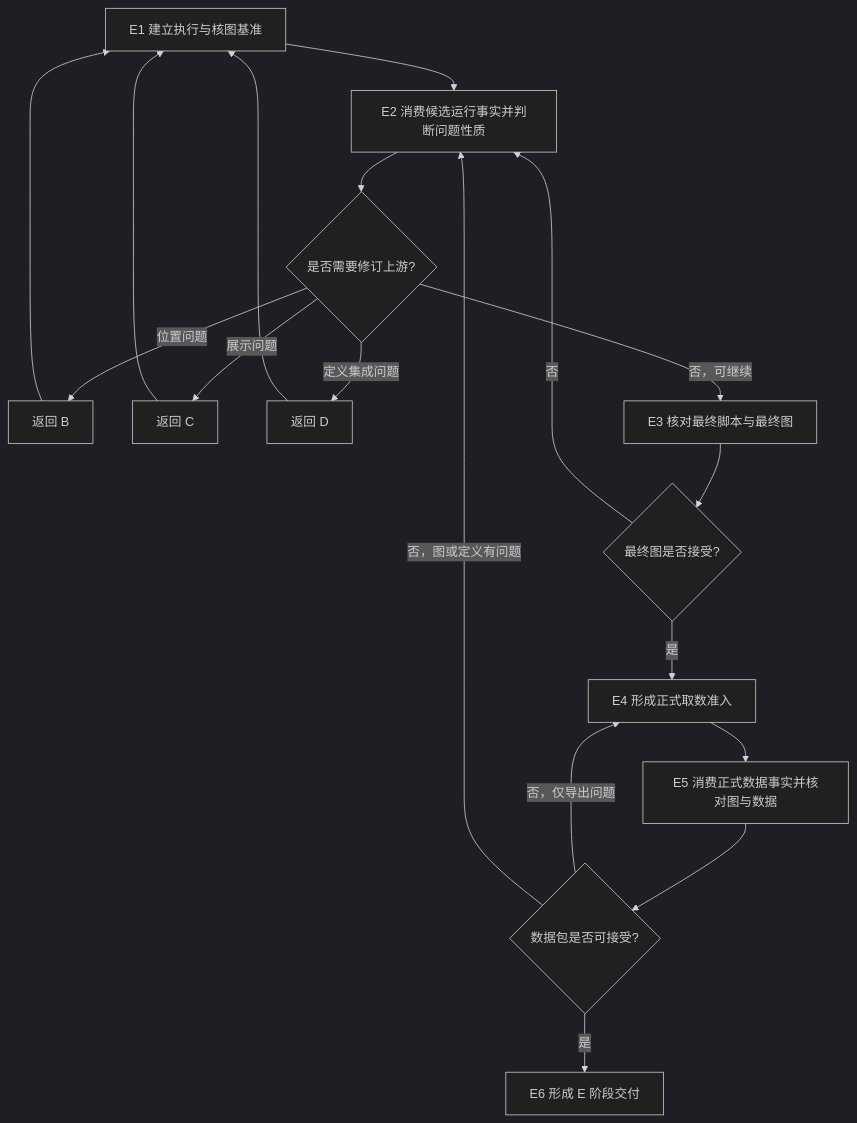
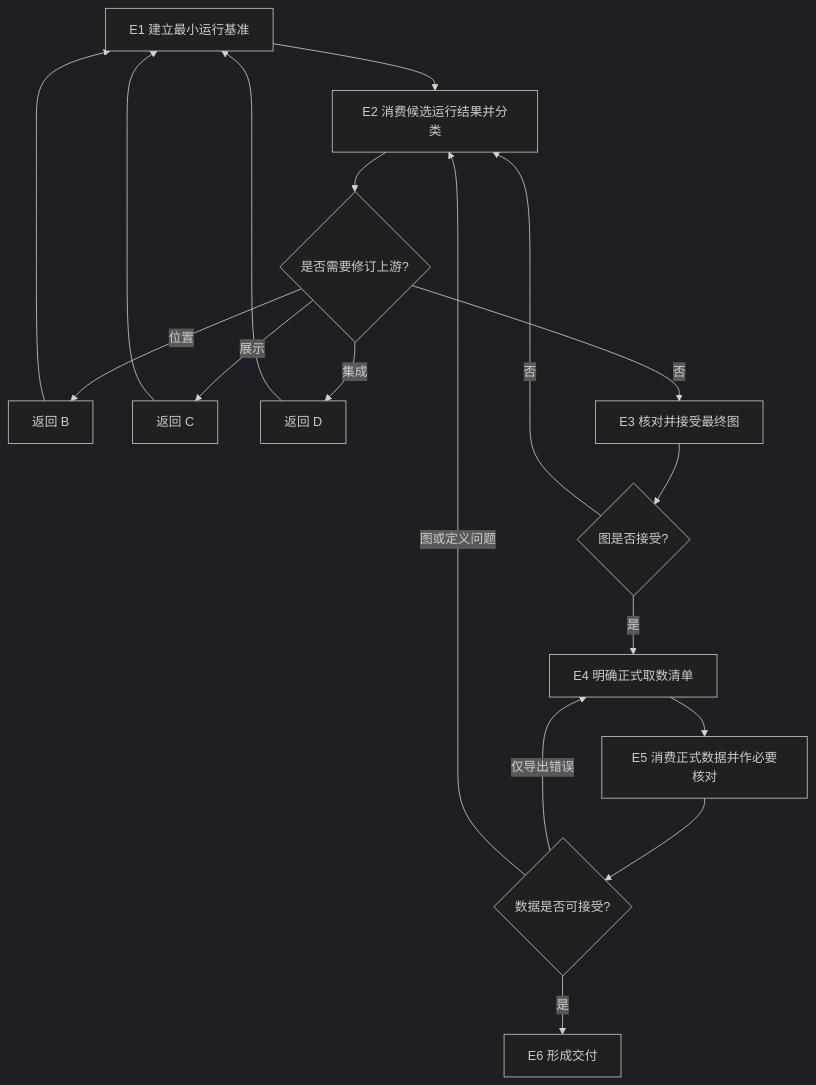
Before and after one commit to daowei2026/observe-iterate: the diagram in skills/observation-material-preparation/caegraph-execution/WORKFLOW.md, drawn with Mermaid (dark theme). The commit also changed other lines of this file, not shown here.

````diff
--- a/skills/observation-material-preparation/caegraph-execution/WORKFLOW.md
+++ b/skills/observation-material-preparation/caegraph-execution/WORKFLOW.md
@@ -7,20 +7,20 @@
 ```mermaid
 flowchart TD
-  E1[E1 建立执行与核图基准] --> E2[E2 消费候选运行事实并判断问题性质]
+  E1[E1 建立最小运行基准] --> E2[E2 消费候选运行结果并分类]
   E2 --> X{是否需要修订上游?}
-  X -- 位置问题 --> B[返回 B]
-  X -- 展示问题 --> C[返回 C]
-  X -- 定义集成问题 --> D[返回 D]
+  X -- 位置 --> B[返回 B]
+  X -- 展示 --> C[返回 C]
+  X -- 集成 --> D[返回 D]
   B --> E1
   C --> E1
   D --> E1
-  X -- 否，可继续 --> E3[E3 核对最终脚本与最终图]
-  E3 --> Y{最终图是否接受?}
+  X -- 否 --> E3[E3 核对并接受最终图]
+  E3 --> Y{图是否接受?}
   Y -- 否 --> E2
-  Y -- 是 --> E4[E4 形成正式取数准入]
-  E4 --> E5[E5 消费正式数据事实并核对图与数据]
-  E5 --> Z{数据包是否可接受?}
-  Z -- 否，仅导出问题 --> E4
-  Z -- 否，图或定义有问题 --> E2
-  Z -- 是 --> E6[E6 形成 E 阶段交付]
+  Y -- 是 --> E4[E4 明确正式取数清单]
+  E4 --> E5[E5 消费正式数据并作必要核对]
+  E5 --> Z{数据是否可接受?}
+  Z -- 仅导出错误 --> E4
+  Z -- 图或定义问题 --> E2
+  Z -- 是 --> E6[E6 形成交付]
 ```
````
